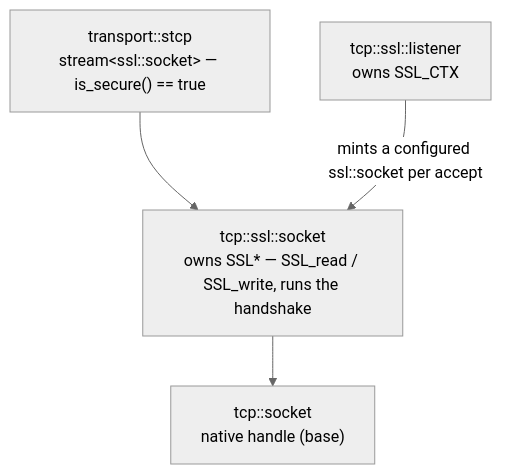
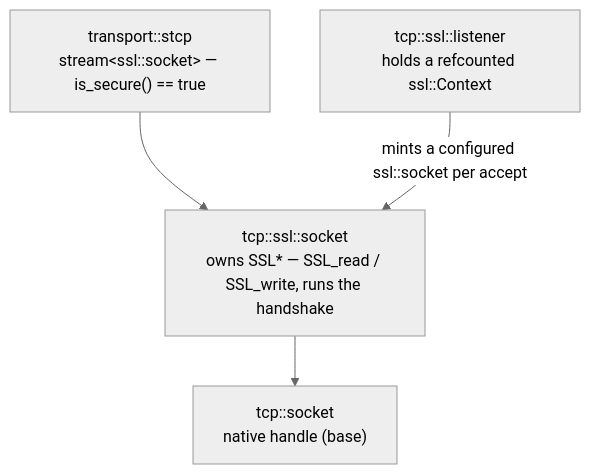
One commit to isndev/qb changed the diagram in readme/3_qb_io/ssl_transport.md. Above: the diagram before and after it, drawn with Mermaid (neutral theme). The commit also changed other lines of this file and 11 other files, not shown here.

````diff
--- a/readme/3_qb_io/ssl_transport.md
+++ b/readme/3_qb_io/ssl_transport.md
@@ -35,7 +37,7 @@
 ```mermaid
 flowchart TB
     STCP["transport::stcp<br/>stream&lt;ssl::socket&gt; — is_secure() == true"]
     STCP --> SS["tcp::ssl::socket<br/>owns SSL* — SSL_read / SSL_write, runs the handshake"]
     SS --> TS["tcp::socket<br/>native handle (base)"]
-    L["tcp::ssl::listener<br/>owns SSL_CTX"] -- "mints a configured ssl::socket per accept" --> SS
+    L["tcp::ssl::listener<br/>holds a refcounted ssl::Context"] -- "mints a configured ssl::socket per accept" --> SS
 ```
````
